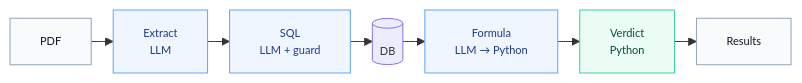
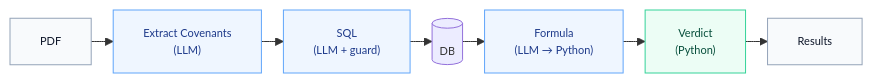
Before and after one commit to asiftauhid/covanant-compliance: the second of 3 diagrams in README.md, drawn with Mermaid. The commit also changed other lines of this file, not shown here.

````diff
--- a/README.md
+++ b/README.md
@@ -41,17 +41,17 @@
 ```mermaid
 %%{init: {"flowchart": {"htmlLabels": false, "nodeSpacing": 18, "rankSpacing": 22}, "themeVariables": {"fontSize": "11px"}}}%%
 flowchart LR
-  PDF["PDF"] --> P0["Extract<br/>LLM"]
-  P0 --> P1["SQL<br/>LLM + guard"]
+  PDF["PDF"] --> P0["Extract Covenants<br/>(LLM)"]
+  P0 --> P1["SQL<br/>(LLM + guard)"]
   P1 --> DB[("DB")]
-  DB --> P2["Formula<br/>LLM → Python"]
-  P2 --> P3["Verdict<br/>Python"]
+  DB --> P2["Formula<br/>(LLM → Python)"]
+  P2 --> P3["Verdict<br/>(Python)"]
   P3 --> OUT["Results"]
 
   classDef llm fill:#eff6ff,stroke:#60a5fa,color:#1e3a8a
   classDef py fill:#ecfdf5,stroke:#34d399,color:#064e3b
   classDef io fill:#f8fafc,stroke:#94a3b8,color:#0f172a
   class P0,P1,P2 llm
   class P3 py
   class PDF,OUT io
 ```
````
